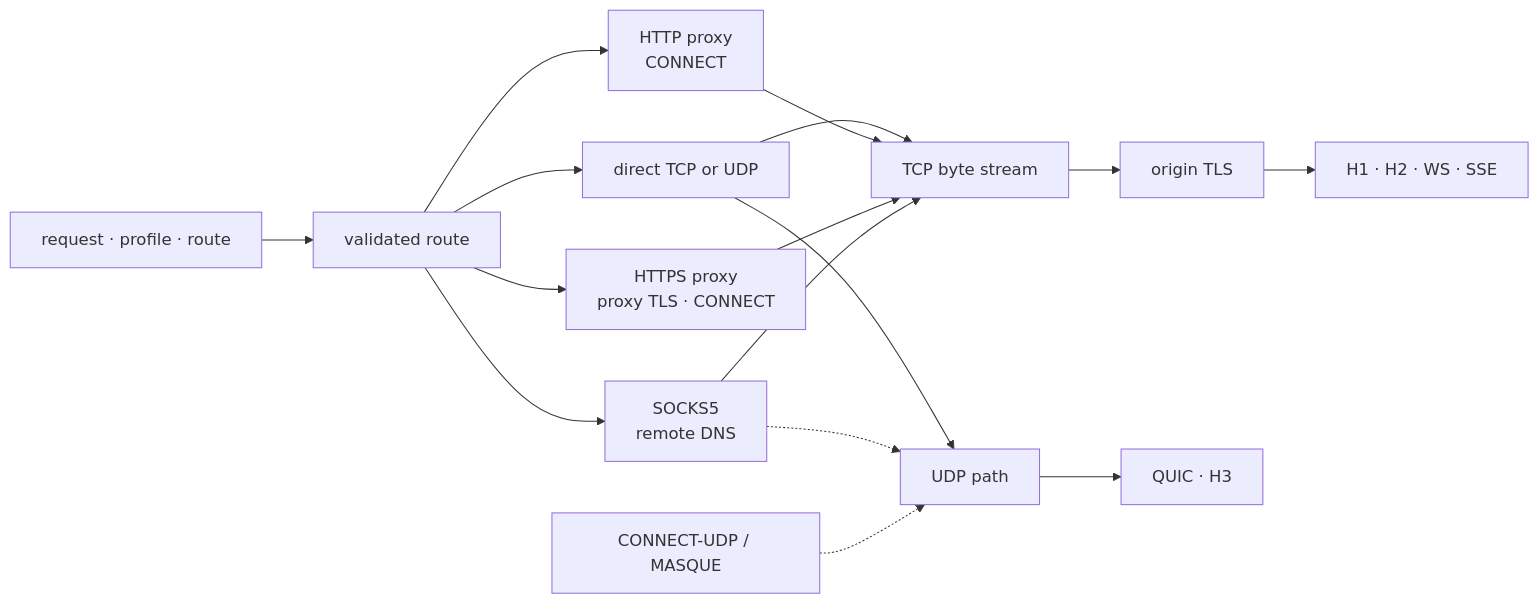
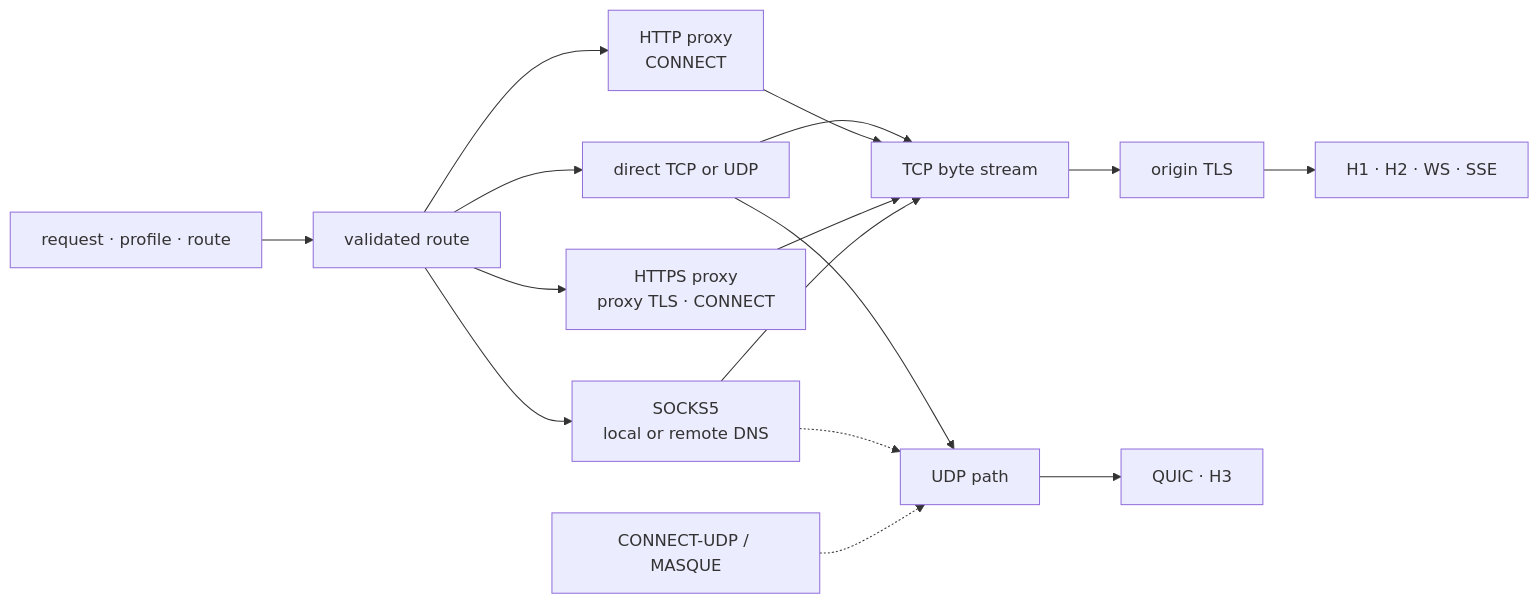
The second of 4 diagrams in docs/architecture.md (bywayhq/phantom), drawn with Mermaid before and after one commit. The commit also changed other lines of this file and 26 other files, not shown here.

Commit message:
feat(proxy): add local DNS SOCKS5 routing

````diff
--- a/docs/architecture.md
+++ b/docs/architecture.md
@@ -93,18 +93,18 @@
 ```mermaid
 flowchart LR
     Input["request · profile · route"] --> Route["validated route"]
     Route --> Direct["direct TCP or UDP"]
     Route --> Http["HTTP proxy<br/>CONNECT"]
     Route --> Https["HTTPS proxy<br/>proxy TLS · CONNECT"]
-    Route --> Socks["SOCKS5<br/>remote DNS"]
+    Route --> Socks["SOCKS5<br/>local or remote DNS"]
     Direct --> Tcp["TCP byte stream"]
     Http --> Tcp
     Https --> Tcp
     Socks --> Tcp
     Direct --> Udp["UDP path"]
     Socks -.-> Udp
     Tcp --> OriginTls["origin TLS"]
     OriginTls --> H1H2["H1 · H2 · WS · SSE"]
     Udp --> Quic["QUIC · H3"]
     Masque["CONNECT-UDP / MASQUE"] -.-> Udp
 ```
````
